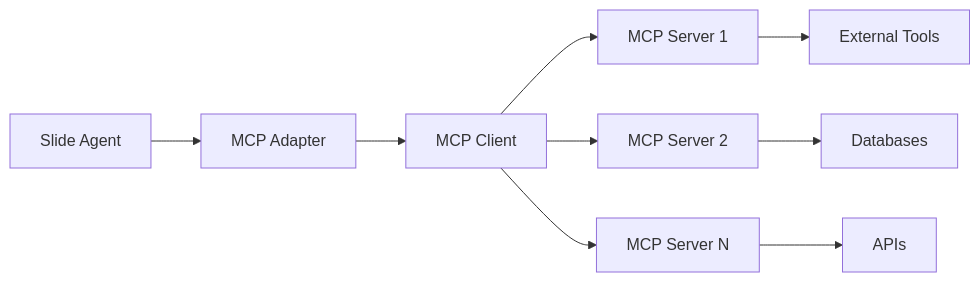
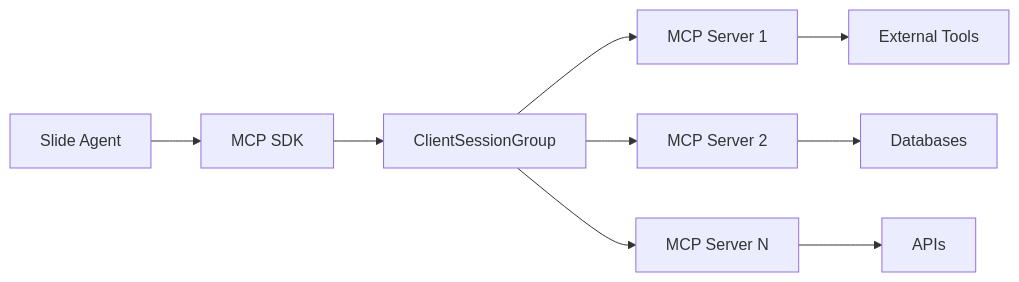
One commit to adamwdraper/slide changed the diagram in docs/concepts/mcp.mdx. Above: the diagram before and after it, drawn with Mermaid. The commit also changed other lines of this file and 1 other file, not shown here.

First line of the commit message:
docs: update MCP docs to remove MCPAdapter references

````diff
--- a/docs/concepts/mcp.mdx
+++ b/docs/concepts/mcp.mdx
@@ -41,11 +40,11 @@
 ```mermaid
 graph LR
-    A[Slide Agent] --> B[MCP Adapter]
-    B --> C[MCP Client]
+    A[Slide Agent] --> B[MCP SDK]
+    B --> C[ClientSessionGroup]
     C --> D[MCP Server 1]
     C --> E[MCP Server 2]
     C --> F[MCP Server N]
     D --> G[External Tools]
     E --> H[Databases]
     F --> I[APIs]
 ```
````
